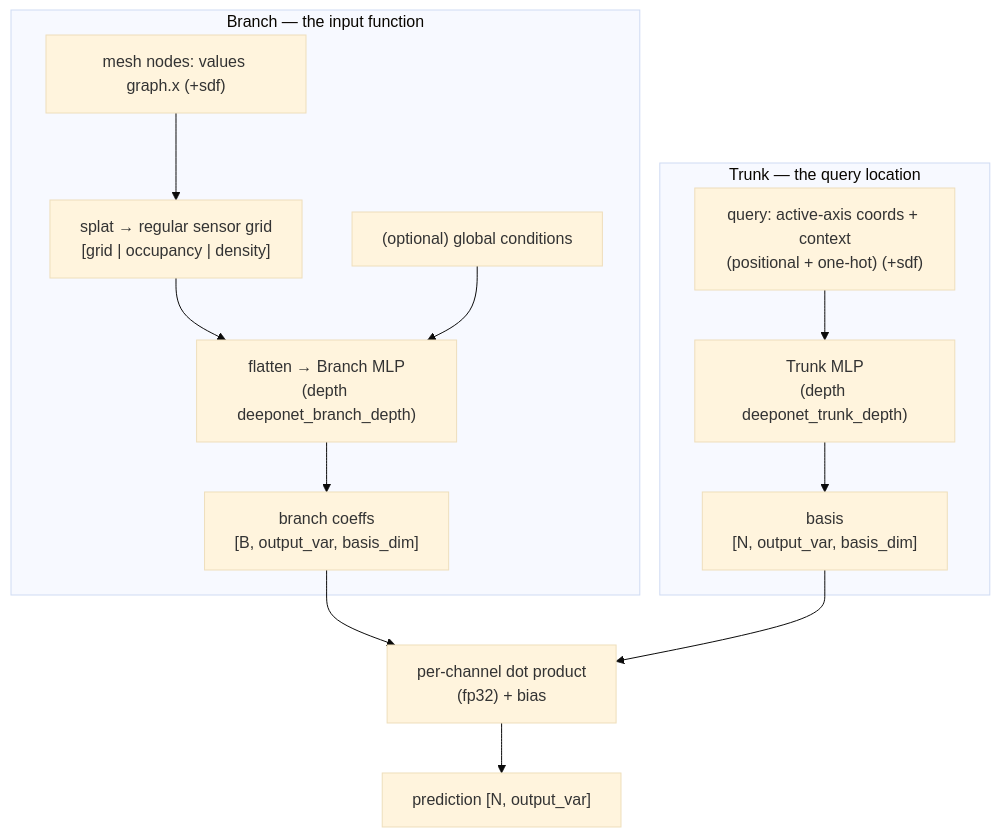
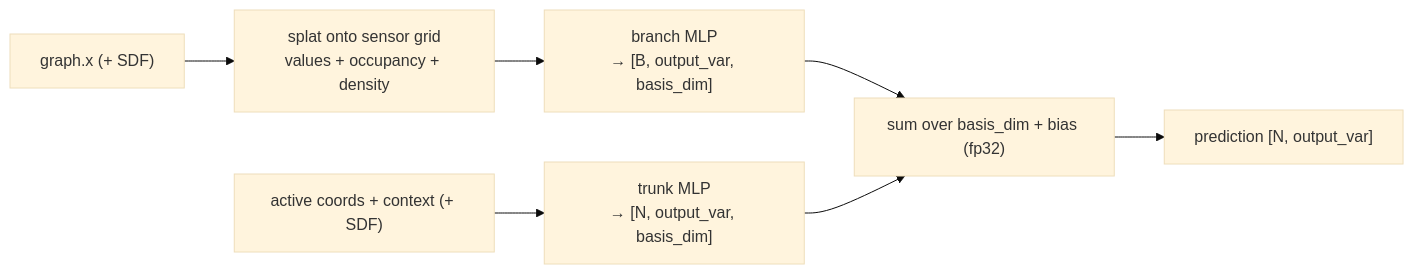
The diagram in docs/methods/05_DeepONet.md (leesihun/AI-CAE4ALL), drawn with Mermaid (base theme) before and after one commit. The commit also changed other lines of this file and 138 other files, not shown here.

````diff
--- a/docs/methods/05_DeepONet.md
+++ b/docs/methods/05_DeepONet.md
@@ -78,18 +28,9 @@
 ```mermaid
-flowchart TD
-    subgraph BRANCH["Branch — the input function"]
-        M["mesh nodes: values graph.x (+sdf)"] --> SPL["splat → regular sensor grid\n[grid | occupancy | density]"]
-        SPL --> BF["flatten → Branch MLP\n(depth deeponet_branch_depth)"]
-        GC["(optional) global conditions"] --> BF
-        BF --> BC["branch coeffs\n[B, output_var, basis_dim]"]
-    end
-
-    subgraph TRUNK["Trunk — the query location"]
-        Q["query: active-axis coords + context\n(positional + one-hot) (+sdf)"] --> TF["Trunk MLP\n(depth deeponet_trunk_depth)"]
-        TF --> TB["basis\n[N, output_var, basis_dim]"]
-    end
-
-    BC --> DOT["per-channel dot product\n(fp32) + bias"]
-    TB --> DOT
+flowchart LR
+    X["graph.x (+ SDF)"] --> SPLAT["splat onto sensor grid<br/>values + occupancy + density"]
+    SPLAT --> BR["branch MLP<br/>→ [B, output_var, basis_dim]"]
+    Q["active coords + context (+ SDF)"] --> TR["trunk MLP<br/>→ [N, output_var, basis_dim]"]
+    BR --> DOT["sum over basis_dim + bias (fp32)"]
+    TR --> DOT
     DOT --> OUT["prediction [N, output_var]"]
 ```
````
